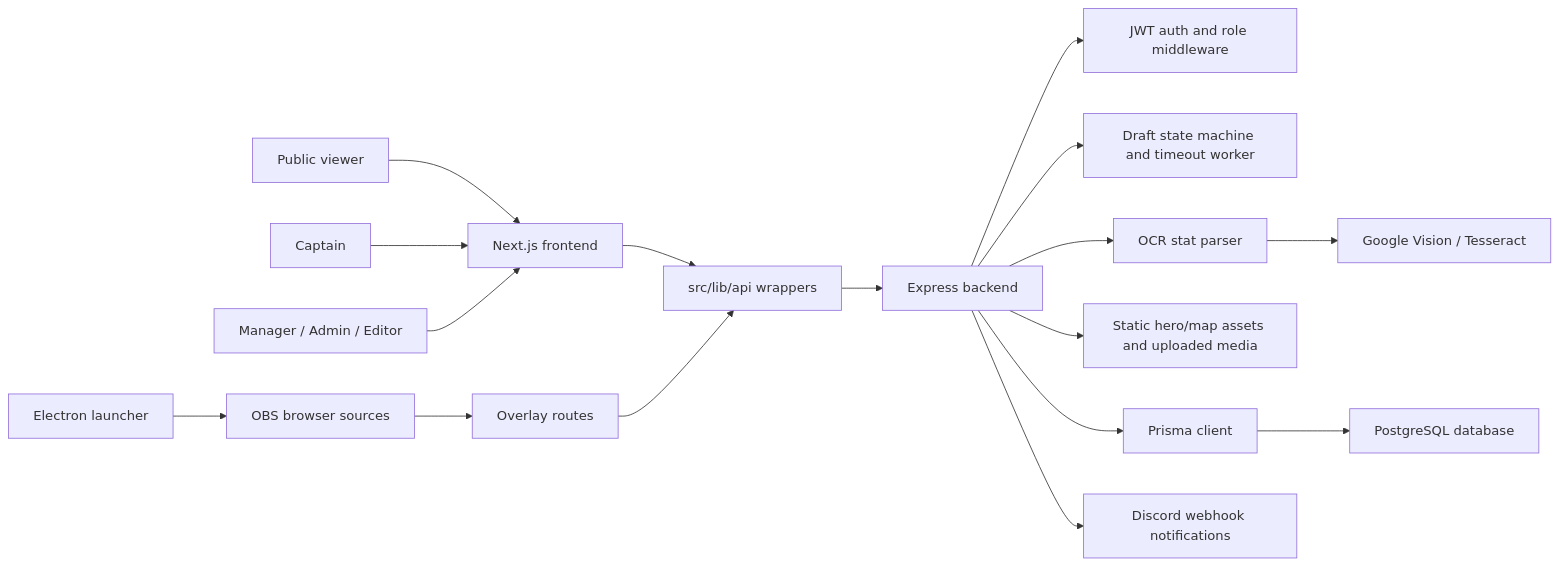
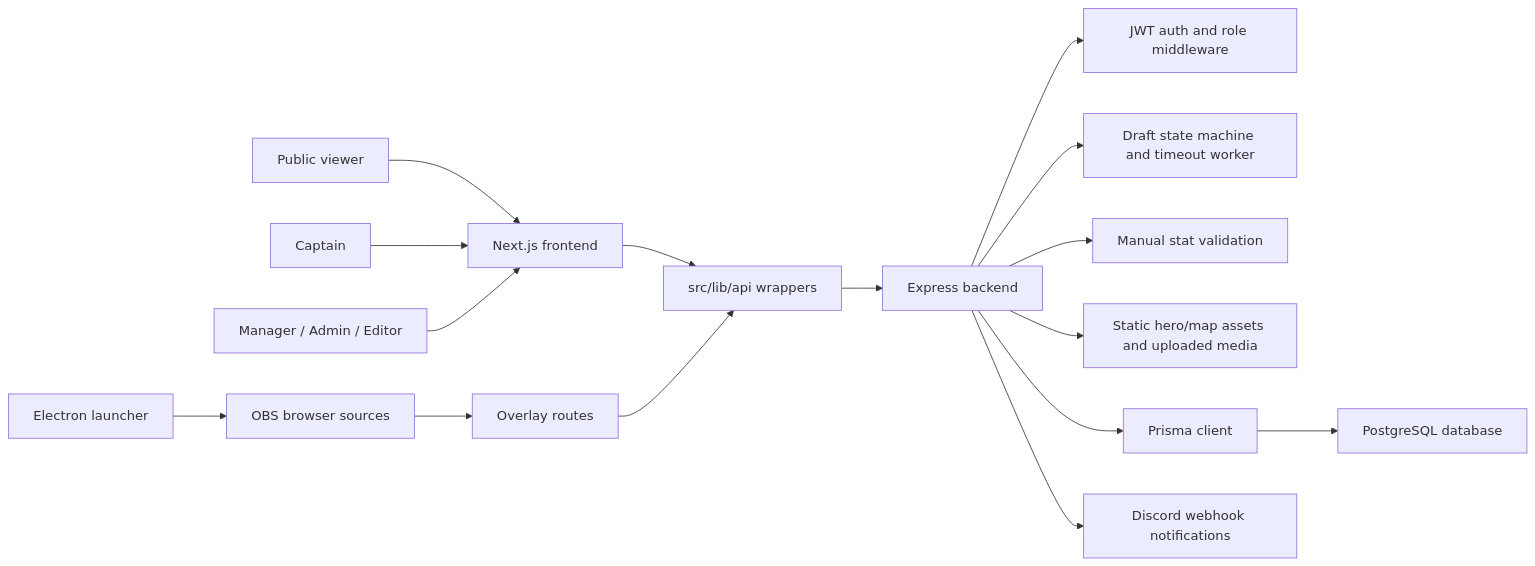
The first of 9 diagrams in README.md (AlonsoOspino/GoongingaProyectDesigning), drawn with Mermaid before and after one commit. The commit also changed other lines of this file and 36 other files, not shown here.

````diff
--- a/README.md
+++ b/README.md
@@ -13,22 +13,21 @@
 ```mermaid
 flowchart LR
   Viewer["Public viewer"] --> Frontend["Next.js frontend"]
   Captain["Captain"] --> Frontend
   Manager["Manager / Admin / Editor"] --> Frontend
   OBS["OBS browser sources"] --> OverlayRoutes["Overlay routes"]
   Launcher["Electron launcher"] --> OBS
 
   Frontend --> ApiClient["src/lib/api wrappers"]
   OverlayRoutes --> ApiClient
   ApiClient --> Backend["Express backend"]
 
   Backend --> Auth["JWT auth and role middleware"]
   Backend --> DraftEngine["Draft state machine and timeout worker"]
-  Backend --> OCR["OCR stat parser"]
+  Backend --> Stats["Manual stat validation"]
   Backend --> Assets["Static hero/map assets and uploaded media"]
   Backend --> Prisma["Prisma client"]
   Prisma --> Postgres["PostgreSQL database"]
 
-  OCR --> Vision["Google Vision / Tesseract"]
   Backend --> Discord["Discord webhook notifications"]
 ```
````
